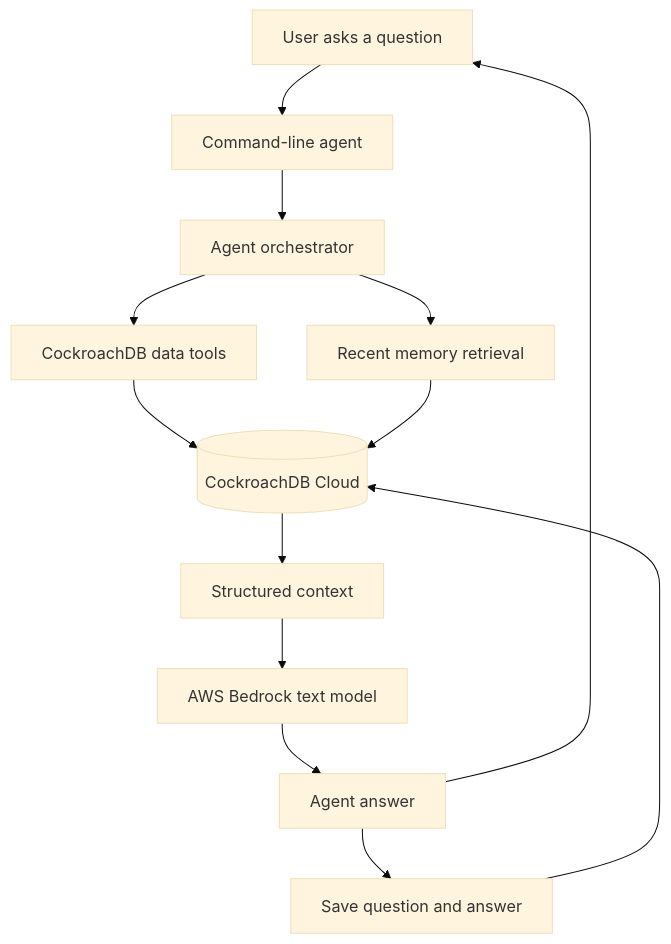
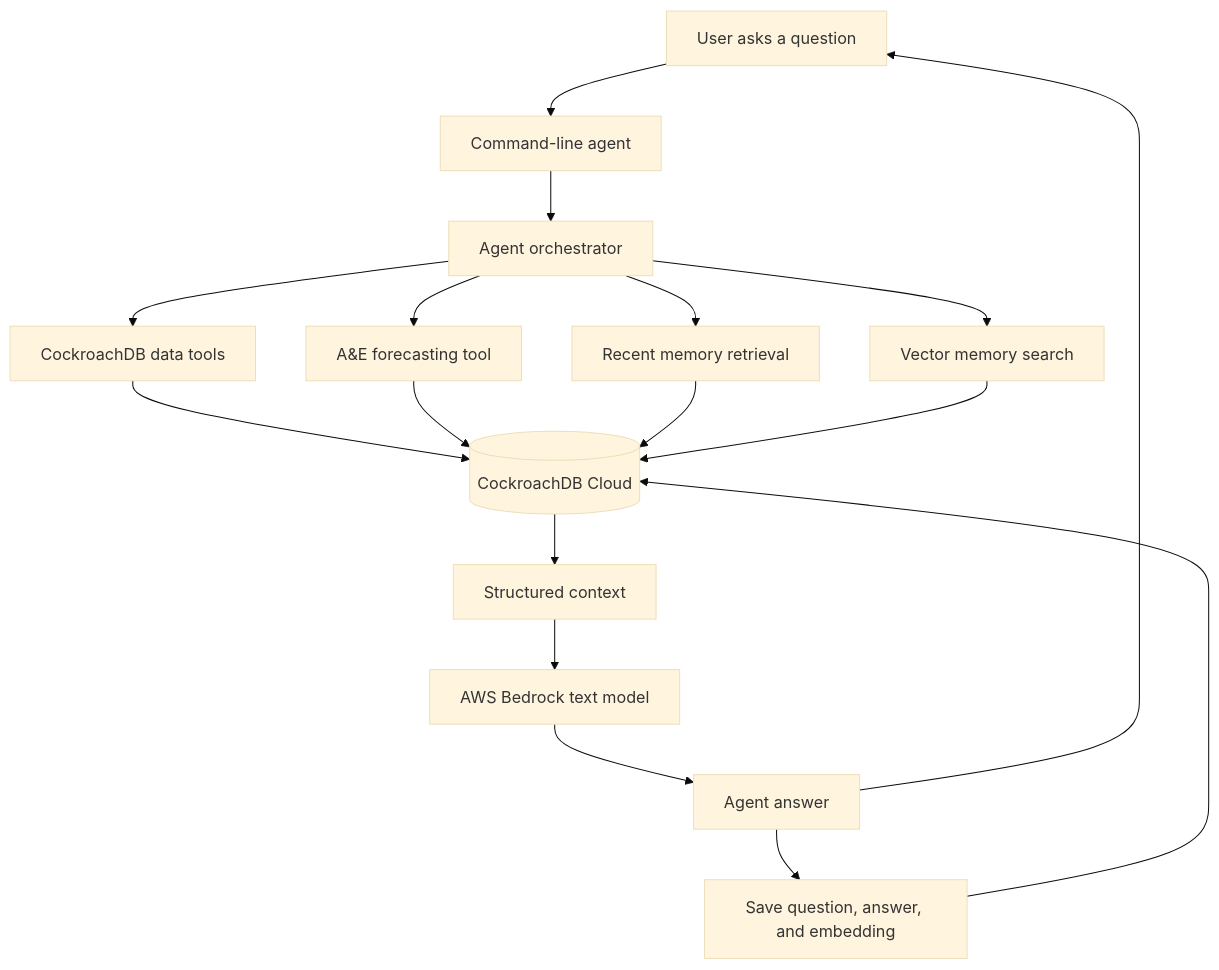
The first of 3 diagrams in nhs-healthcare-capacity-ai/docs/ARCHITECTURE.md (Nik-ui/nhs-healthcare-capacity-ai), drawn with Mermaid (base theme) before and after one commit. The commit also changed other lines of this file and 1 other file, not shown here.

Commit message:
Update docs for vector memory and forecasting

````diff
--- a/nhs-healthcare-capacity-ai/docs/ARCHITECTURE.md
+++ b/nhs-healthcare-capacity-ai/docs/ARCHITECTURE.md
@@ -7,15 +7,19 @@
 ```mermaid
 flowchart TD
     User[User asks a question] --> CLI[Command-line agent]
     CLI --> Orchestrator[Agent orchestrator]
     Orchestrator --> Tools[CockroachDB data tools]
+    Orchestrator --> Forecast[A&E forecasting tool]
     Orchestrator --> Memory[Recent memory retrieval]
+    Orchestrator --> VectorMemory[Vector memory search]
     Tools --> Cockroach[(CockroachDB Cloud)]
+    Forecast --> Cockroach
     Memory --> Cockroach
+    VectorMemory --> Cockroach
     Cockroach --> Context[Structured context]
     Context --> Bedrock[AWS Bedrock text model]
     Bedrock --> Answer[Agent answer]
-    Answer --> SaveMemory[Save question and answer]
+    Answer --> SaveMemory[Save question, answer, and embedding]
     SaveMemory --> Cockroach
     Answer --> User
 ```
````
